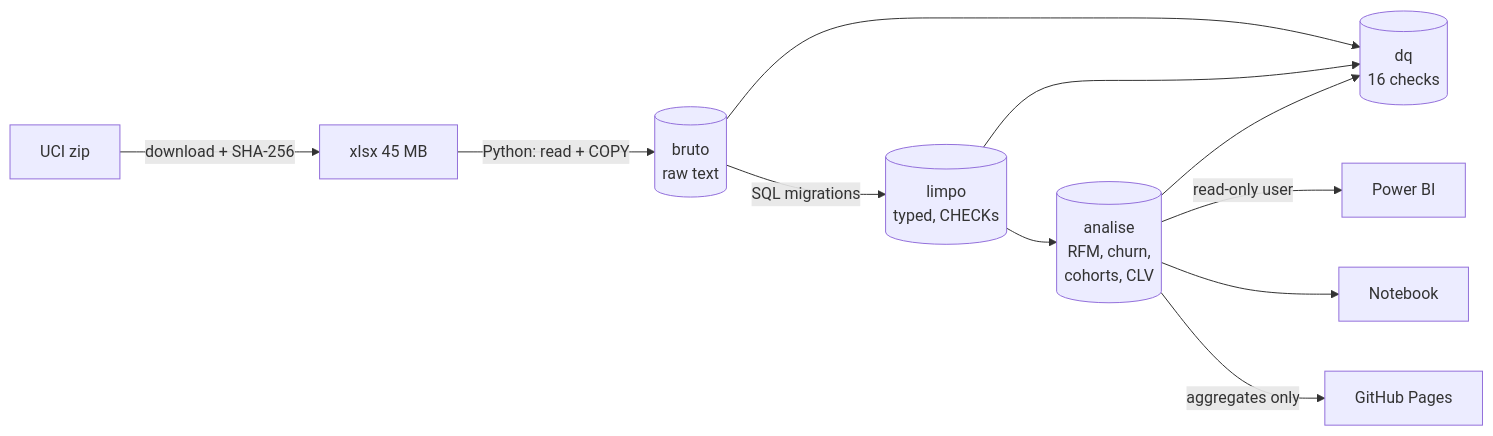
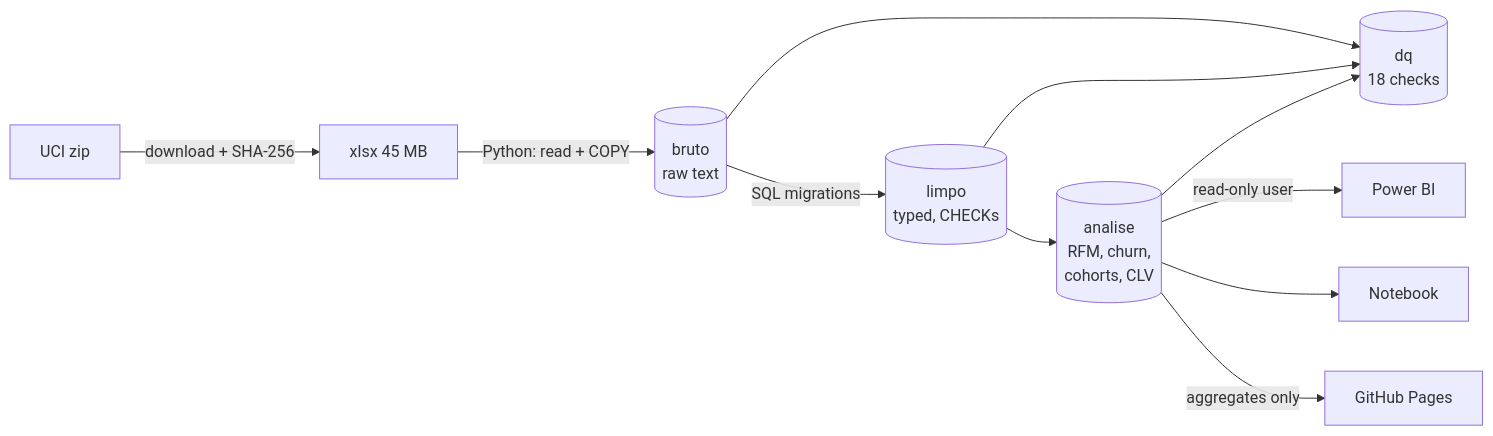
Before and after one commit to DiegoSantiago1/customer-analytics-online-retail: the diagram in README.md, drawn with Mermaid. The commit also changed other lines of this file and 3 other files, not shown here.

````diff
--- a/README.md
+++ b/README.md
@@ -52,11 +68,11 @@
 ```mermaid
 flowchart LR
     UCI[UCI zip] -->|download + SHA-256| XLSX[xlsx 45 MB]
     XLSX -->|Python: read + COPY| BRUTO[(bruto<br/>raw text)]
     BRUTO -->|SQL migrations| LIMPO[(limpo<br/>typed, CHECKs)]
     LIMPO --> ANALISE[(analise<br/>RFM, churn,<br/>cohorts, CLV)]
-    BRUTO & LIMPO & ANALISE --> DQ[(dq<br/>16 checks)]
+    BRUTO & LIMPO & ANALISE --> DQ[(dq<br/>18 checks)]
     ANALISE -->|read-only user| PBI[Power BI]
     ANALISE --> NB[Notebook]
     ANALISE -->|aggregates only| SITE[GitHub Pages]
 ```
````
